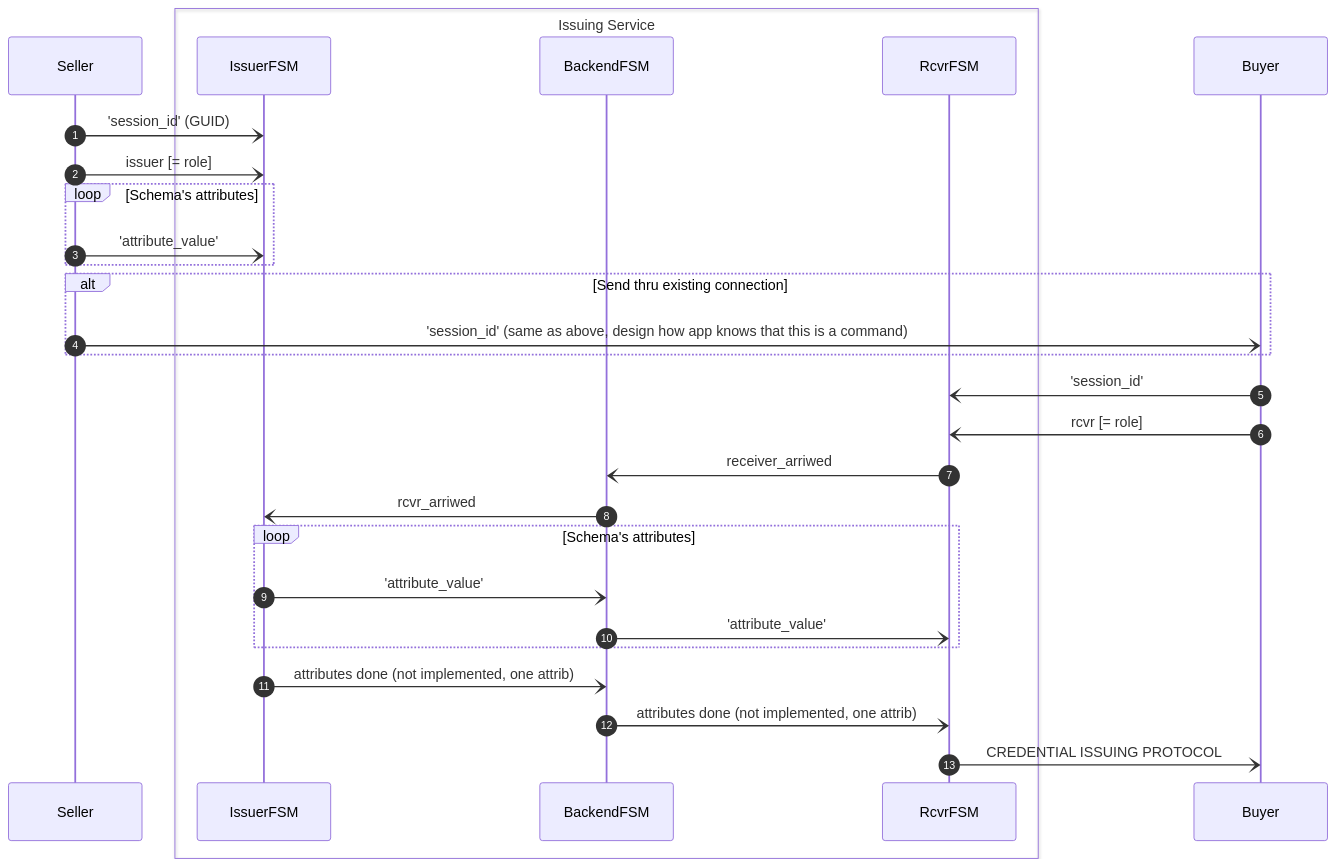
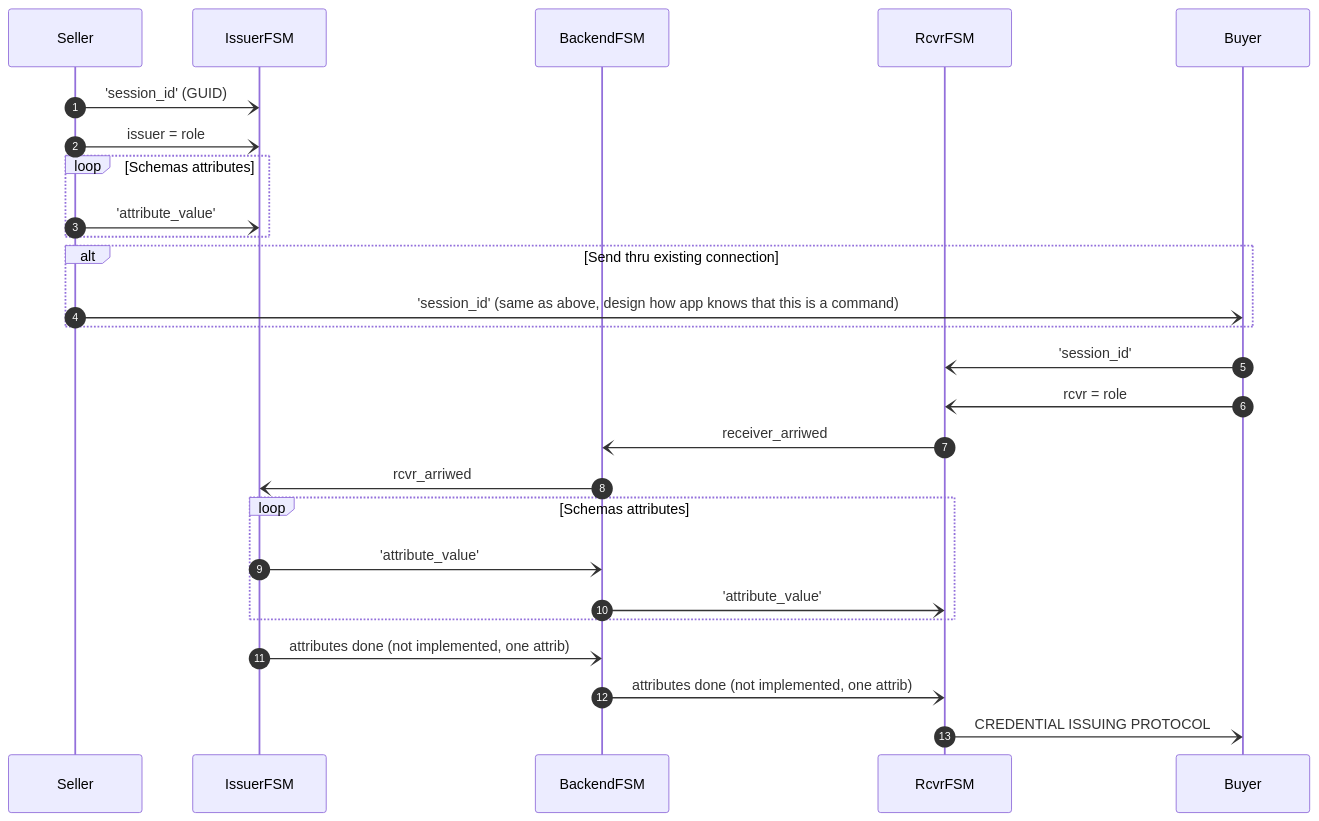
One commit to findy-network/findy-network.github.io changed the second of 2 diagrams in content/en/blog/fsm3/index.md. Above: the diagram before and after it, drawn with Mermaid. The commit also changed other lines of this file, not shown here.

Commit message:
firt draft of FSM3 blog

````diff
--- a/content/en/blog/fsm3/index.md
+++ b/content/en/blog/fsm3/index.md
@@ -204,38 +258,39 @@
 ```mermaid
 sequenceDiagram
     autonumber
 
     participant Seller
 
-    box Issuing Service
+    %% -- box won't work on hugo, or when this machine is running it --
+    %% box Issuing Service
     participant IssuerFSM
     participant BackendFSM
     participant RcvrFSM
-    end
+    %% end
 
     participant Buyer
 
     Seller -) IssuerFSM: 'session_id' (GUID)
-    Seller -) IssuerFSM: issuer [= role]
-    loop Schema's attributes
+    Seller -) IssuerFSM: issuer = role
+    loop Schemas attributes
     Seller -) IssuerFSM: 'attribute_value'
     end
 
     alt Send thru existing connection 
     Seller -) Buyer: 'session_id' (same as above, design how app knows that this is a command)
     end
 
     Buyer -) RcvrFSM: 'session_id'
-    Buyer -) RcvrFSM: rcvr [= role]
+    Buyer -) RcvrFSM: rcvr = role
 
     RcvrFSM -) BackendFSM: receiver_arriwed
     BackendFSM -) IssuerFSM: rcvr_arriwed
-    loop Schema's attributes
+    loop Schemas attributes
     IssuerFSM -) BackendFSM: 'attribute_value'
     BackendFSM -) RcvrFSM: 'attribute_value'
     end
     IssuerFSM -) BackendFSM: attributes done (not implemented, one attrib)
     BackendFSM -) RcvrFSM: attributes done (not implemented, one attrib)
 
     RcvrFSM -) Buyer: CREDENTIAL ISSUING PROTOCOL
 ```
````
